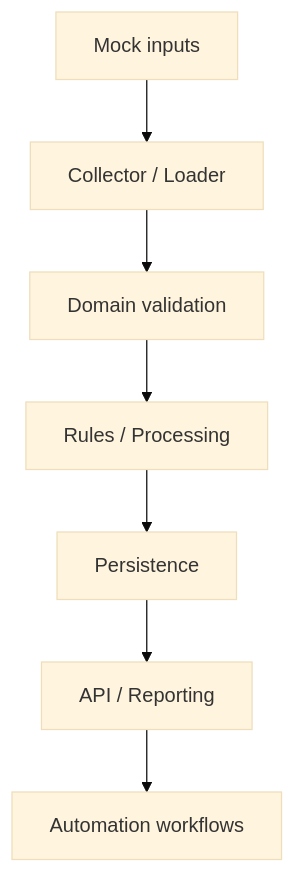
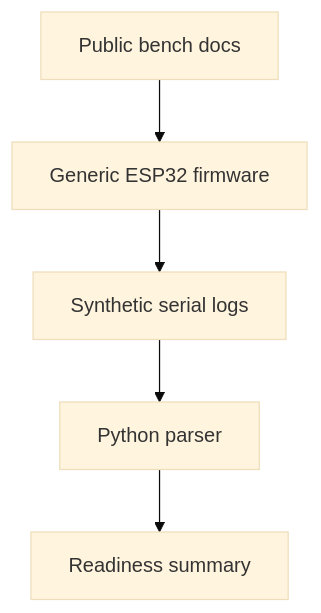
The diagram in docs/architecture.md (guilherme-lacerda-tech/esp32-iot-integration-lab), drawn with Mermaid (base theme) before and after one commit. The commit also changed other lines of this file and 11 other files, not shown here.

````diff
--- a/docs/architecture.md
+++ b/docs/architecture.md
@@ -22,9 +9,7 @@
-    ```mermaid
-    flowchart TB
-        A["Mock inputs"] --> B["Collector / Loader"]
-        B --> C["Domain validation"]
-        C --> D["Rules / Processing"]
-        D --> E["Persistence"]
-        E --> F["API / Reporting"]
-        F --> G["Automation workflows"]
-    ```
+```mermaid
+flowchart TB
+    Docs["Public bench docs"] --> Firmware["Generic ESP32 firmware"]
+    Firmware --> Logs["Synthetic serial logs"]
+    Logs --> Parser["Python parser"]
+    Parser --> Summary["Readiness summary"]
+```
````
